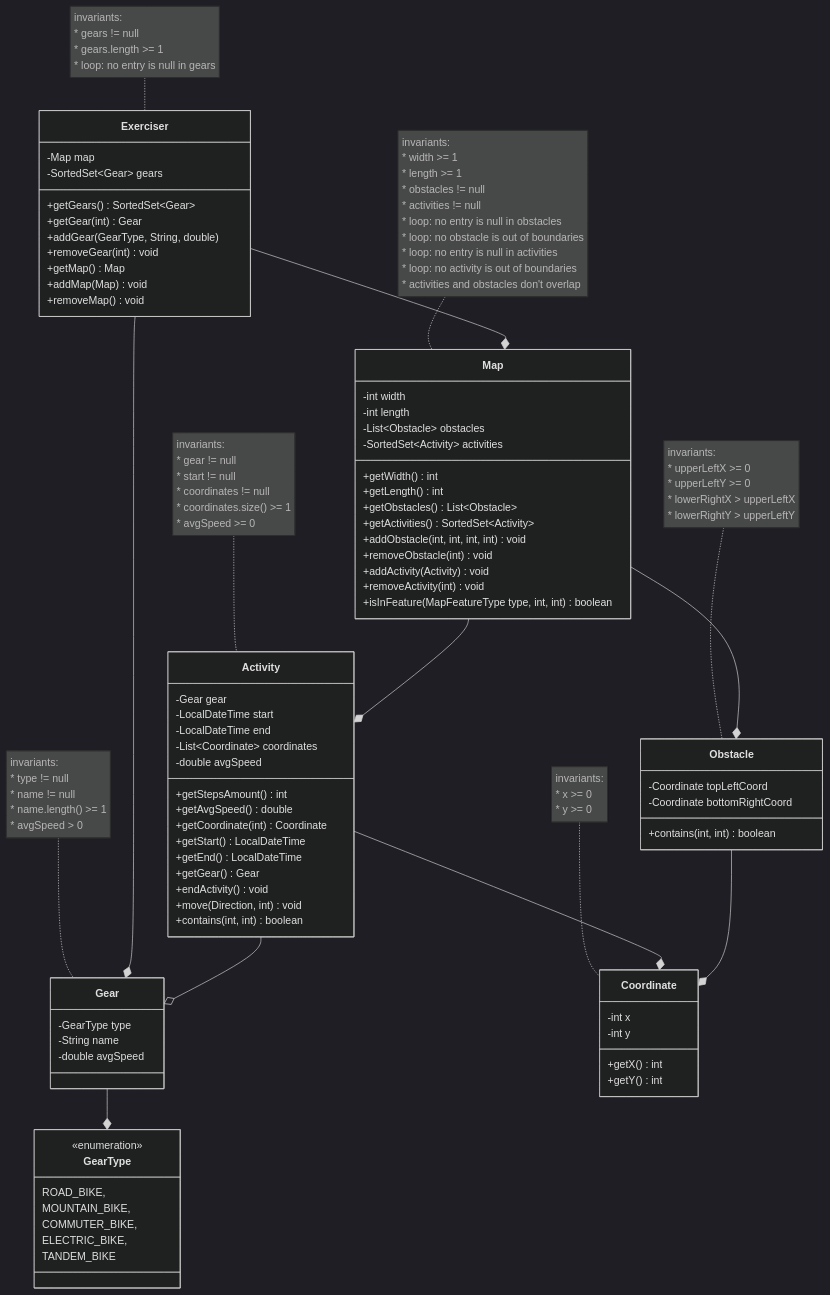
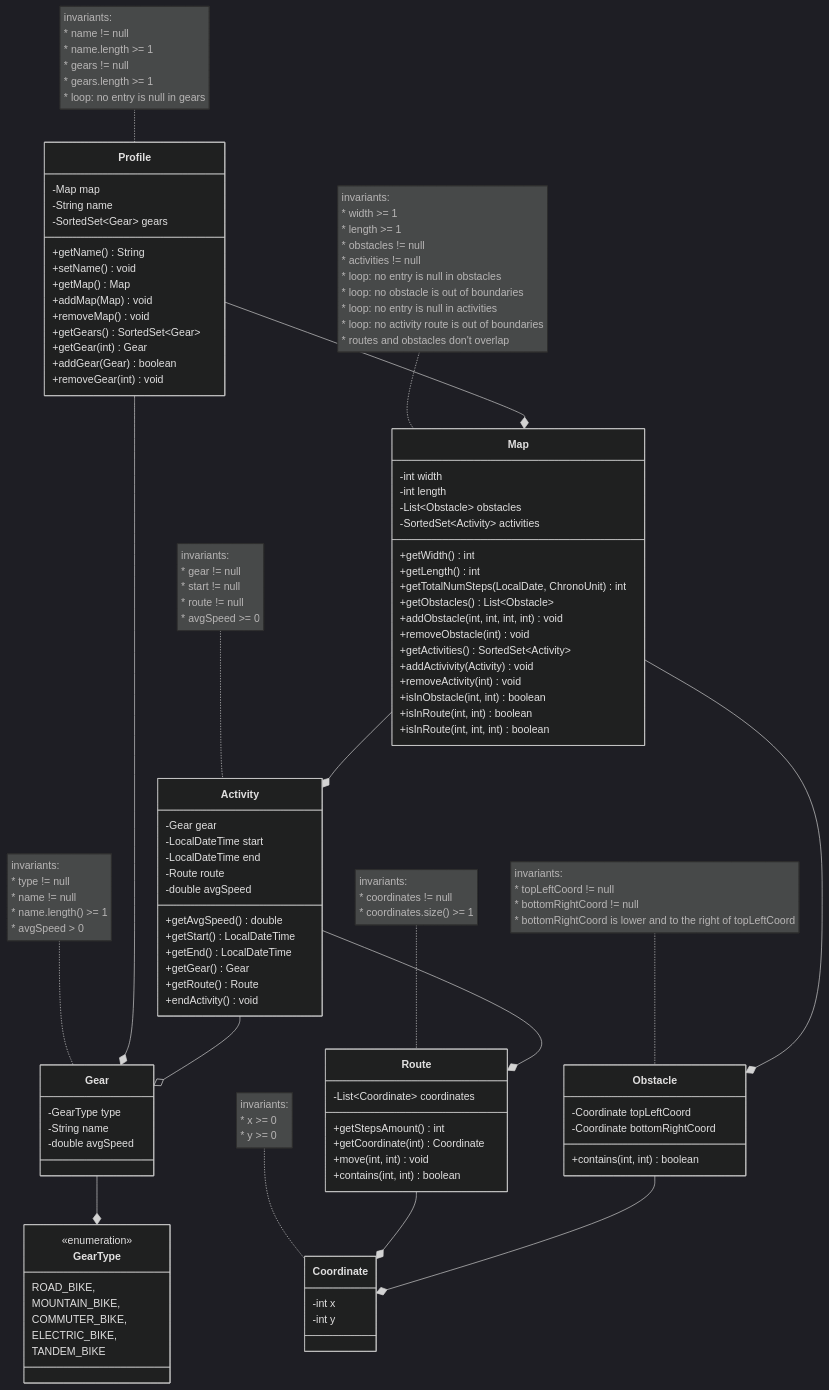
Before and after one commit to NarekVeranyan05/exercise_tracker: the third of 3 diagrams in README.md, drawn with Mermaid (dark theme). The commit also changed other lines of this file and 12 other files, not shown here.

````diff
--- a/README.md
+++ b/README.md
@@ -40,26 +136,30 @@
 ```mermaid 
 classDiagram
-    class Exerciser {
+    class Profile {
         -Map map
+        -String name
         -SortedSet~Gear~ gears
         
-        +getGears() SortedSet~Gear~
-        +getGear(int) Gear
-        +addGear(GearType, String, double)
-        +removeGear(int) void
+        +getName() String
+        +setName() void
         +getMap() Map
         +addMap(Map) void
         +removeMap() void
+        +getGears() SortedSet~Gear~
+        +getGear(int) Gear
+        +addGear(Gear) boolean
+        +removeGear(int) void
     }
     
-    note for Exerciser"invariants:
+    note for Profile"invariants:
+        * name != null
+        * name.length >= 1
         * gears != null
         * gears.length >= 1
-        * loop: no entry is null in gears
-    "
-
-    Exerciser --* Gear
-    Exerciser --* Map
+        * loop: no entry is null in gears"
+    
+    Profile --* Gear
+    Profile --* Map
     
     class Gear {
         -GearType type
@@ -71,8 +171,7 @@
         * type != null
         * name != null
         * name.length() >= 1
-        * avgSpeed > 0
-    "
+        * avgSpeed > 0"
     
     Gear --* GearType
     
@@ -84,24 +183,27 @@
         ELECTRIC_BIKE,
         TANDEM_BIKE
     }
-
+    
     class Map {
         -int width
         -int length
         -List~Obstacle~ obstacles
         -SortedSet~Activity~ activities
-
+        
         +getWidth() int
         +getLength() int
+        +getTotalNumSteps(LocalDate, ChronoUnit) int
         +getObstacles() List~Obstacle~
-        +getActivities() SortedSet~Activity~
         +addObstacle(int, int, int, int) void
         +removeObstacle(int) void
-        +addActivity(Activity) void
+        +getActivities() SortedSet~Activity~
+        +addActivivity(Activity) void
         +removeActivity(int) void
-        +isInFeature(MapFeatureType type, int, int) boolean
+        +isInObstacle(int, int) boolean
+        +isInRoute(int, int) boolean
+        +isInRoute(int, int, int) boolean
     }
-
+    
     note for Map"invariants:
         * width >= 1
         * length >= 1
@@ -110,9 +212,9 @@
         * loop: no entry is null in obstacles
         * loop: no obstacle is out of boundaries
         * loop: no entry is null in activities
-        * loop: no activity is out of boundaries
-        * activities and obstacles don't overlap"
-
+        * loop: no activity route is out of boundaries
+        * routes and obstacles don't overlap"
+    
     Map --* Obstacle
     Map --* Activity
     
@@ -120,29 +222,40 @@
         -Gear gear
         -LocalDateTime start
         -LocalDateTime end
-        -List~Coordinate~ coordinates
+        -Route route
         -double avgSpeed
         
-        +getStepsAmount() int
         +getAvgSpeed() double
-        +getCoordinate(int) Coordinate
         +getStart() LocalDateTime
         +getEnd() LocalDateTime
         +getGear() Gear
+        +getRoute() Route
         +endActivity() void
-        +move(Direction, int) void
-        +contains(int, int) boolean
     }
     
     note for Activity"invariants:
         * gear != null
         * start != null
+        * route != null
+        * avgSpeed >= 0"
+    
+    Activity --o Gear
+    Activity --* Route
+    
+    class Route {
+        -List~Coordinate~ coordinates
+        
+        +getStepsAmount() int
+        +getCoordinate(int) Coordinate
+        +move(int, int) void
+        +contains(int, int) boolean
+    }
+    
+    note for Route"invariants:
         * coordinates != null
-        * coordinates.size() >= 1
-        * avgSpeed >= 0"
-
-    Activity --o Gear
-    Activity --* Coordinate
+        * coordinates.size() >= 1"
+    
+    Route --* Coordinate
     
     class Obstacle {
         -Coordinate topLeftCoord
@@ -152,84 +265,18 @@
     }
     
     note for Obstacle"invariants:
-        * upperLeftX >= 0
-        * upperLeftY >= 0
-        * lowerRightX > upperLeftX
-        * lowerRightY > upperLeftY"
+        * topLeftCoord != null
+        * bottomRightCoord != null
+        * bottomRightCoord is lower and to the right of topLeftCoord"
     
     Obstacle --* Coordinate
-        
+    
     class Coordinate {
         -int x
         -int y
-        
-        +getX() int
-        +getY() int
     }
     
     note for Coordinate "invariants:
         * x >= 0
-        * y >= 0
-    "
-    
-%%    class ExerciserPrinter{
-%%        -Exerciser exerciser
-%%        
-%%        +print() void
-%%    }
-%%    
-%%    note for ExerciserPrinter"invariants:
-%%        * exerciser != null
-%%    "
-%%    
-%%    ExerciserPrinter --o Exerciser
-%%    
-%%    class GearPrinter {
-%%        -Gear gear
-%%        
-%%        +print() void
-%%    }
-%%    
-%%    note for GearPrinter"invariants:
-%%        * gear != null
-%%    "
-%%    
-%%    GearPrinter --o Gear
-%%
-%%    class MapPrinter {
-%%        -Map map
-%%        
-%%        printMap() void
-%%        printMap(int) void
-%%    }
-%%    
-%%    note for MapPrinter"invariants:
-%%        * map != null
-%%    "
-%%    
-%%    MapPrinter --o Map
-%%    
-%%    class ActivityPrinter {
-%%        -Activity activity
-%%        
-%%        print() void
-%%    }
-%%    
-%%    note for ActivityPrinter"invariants:
-%%        * activity != null
-%%    "
-%%
-%%    class ObstaclePrinter {
-%%        -Obstacle obstacle
-%%
-%%        +print() void
-%%    }
-%%
-%%    note for ObstaclePrinter"invariants:
-%%        * obstacles != null
-%%    "
-%%
-%%    ObstaclePrinter --o Obstacle
-%%    
-%%    ActivityPrinter --o Activity
+        * y >= 0"
 ```
````
